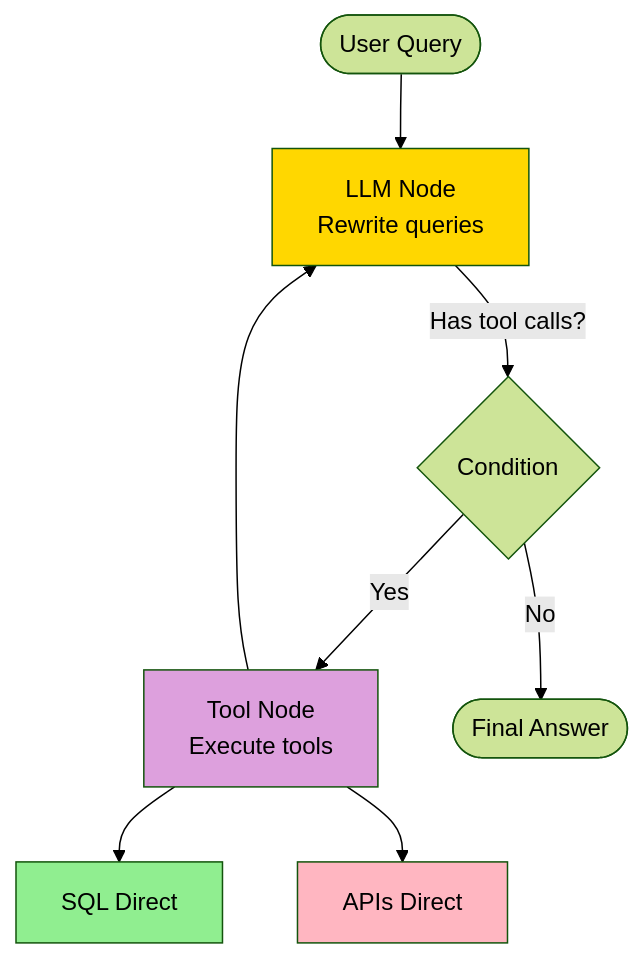
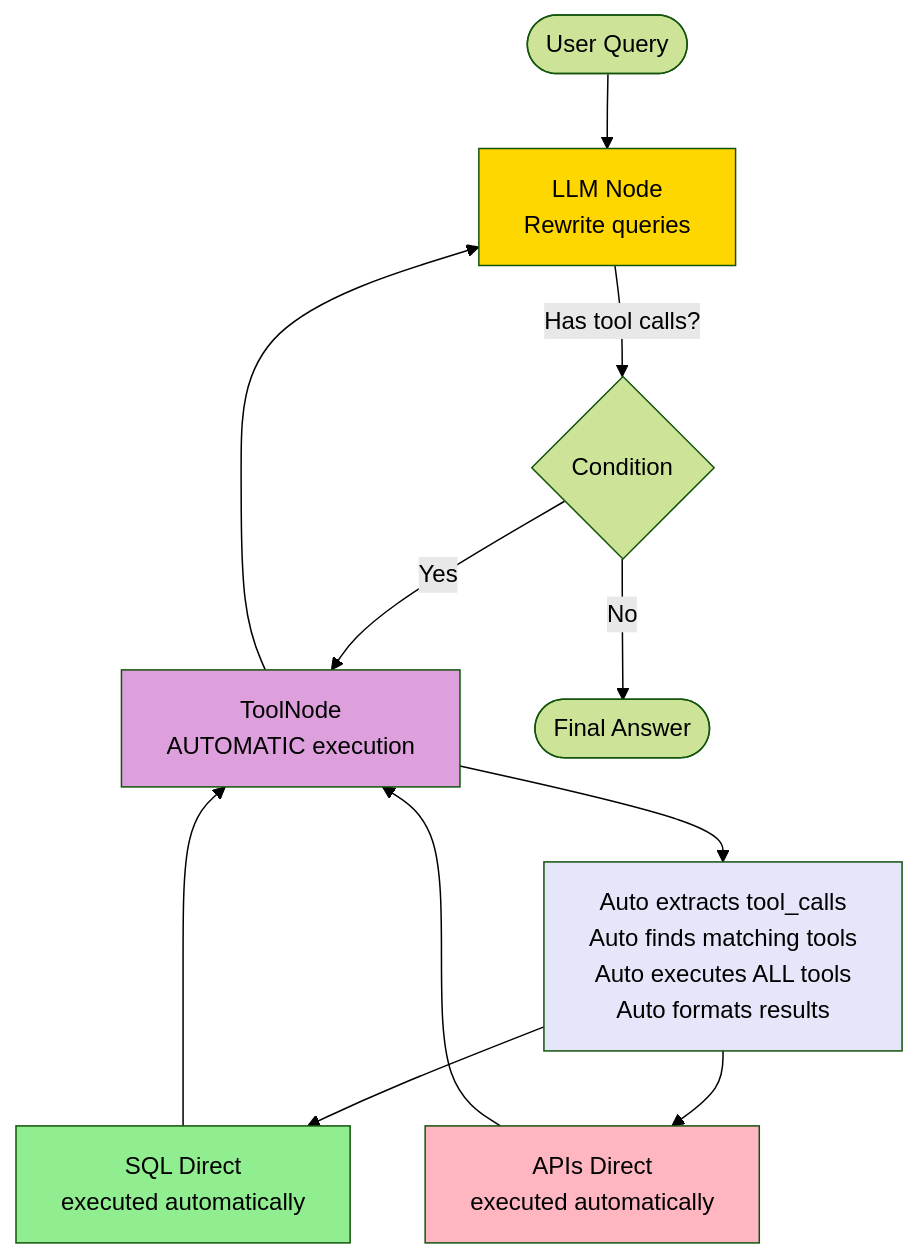
The third of 6 diagrams in AgenticAI/simple_chatbot_mcp_langgraph/readme.md (Yuhsuant1994/DataScienKnowledge), drawn with Mermaid (forest theme) before and after one commit. The commit also changed other lines of this file, not shown here.

````diff
--- a/AgenticAI/simple_chatbot_mcp_langgraph/readme.md
+++ b/AgenticAI/simple_chatbot_mcp_langgraph/readme.md
@@ -44,16 +44,21 @@
 ```mermaid
 graph TD
     START([User Query]) --> LLM[LLM Node<br/>Rewrite queries]
     LLM -->|Has tool calls?| CONDITION{Condition}
-    CONDITION -->|Yes| TOOLS[Tool Node<br/>Execute tools]
+    CONDITION -->|Yes| TOOLS[ToolNode<br/>AUTOMATIC execution]
     CONDITION -->|No| END([Final Answer])
+    TOOLS --> AUTOLOOP[Auto extracts tool_calls<br/>Auto finds matching tools<br/>Auto executes ALL tools<br/>Auto formats results]
+
+    AUTOLOOP --> SQL[SQL Direct<br/>executed automatically]
+    AUTOLOOP --> API[APIs Direct<br/>executed automatically]
+
+    SQL --> TOOLS
+    API --> TOOLS
     TOOLS --> LLM
-
-    TOOLS --> SQL[SQL Direct]
-    TOOLS --> API[APIs Direct]
 
     style LLM fill:#FFD700
     style TOOLS fill:#DDA0DD
+    style AUTOLOOP fill:#E6E6FA
     style SQL fill:#90EE90
     style API fill:#FFB6C1
 ```
````
